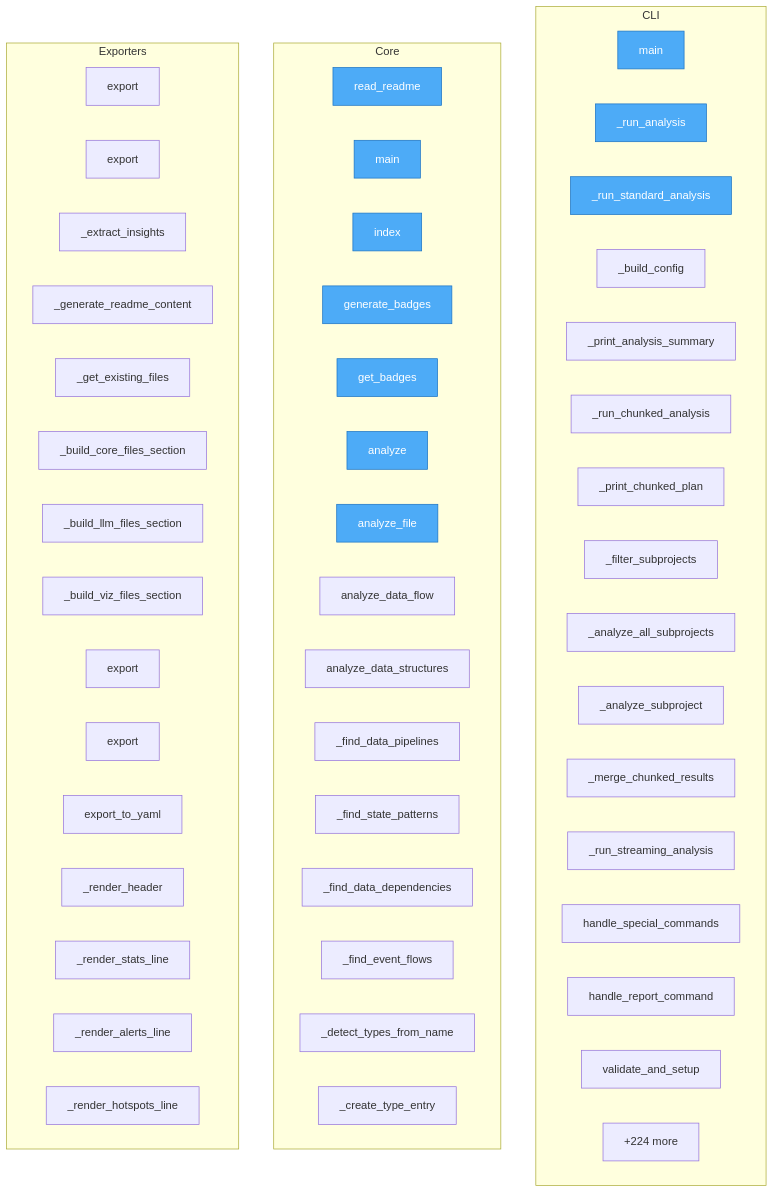
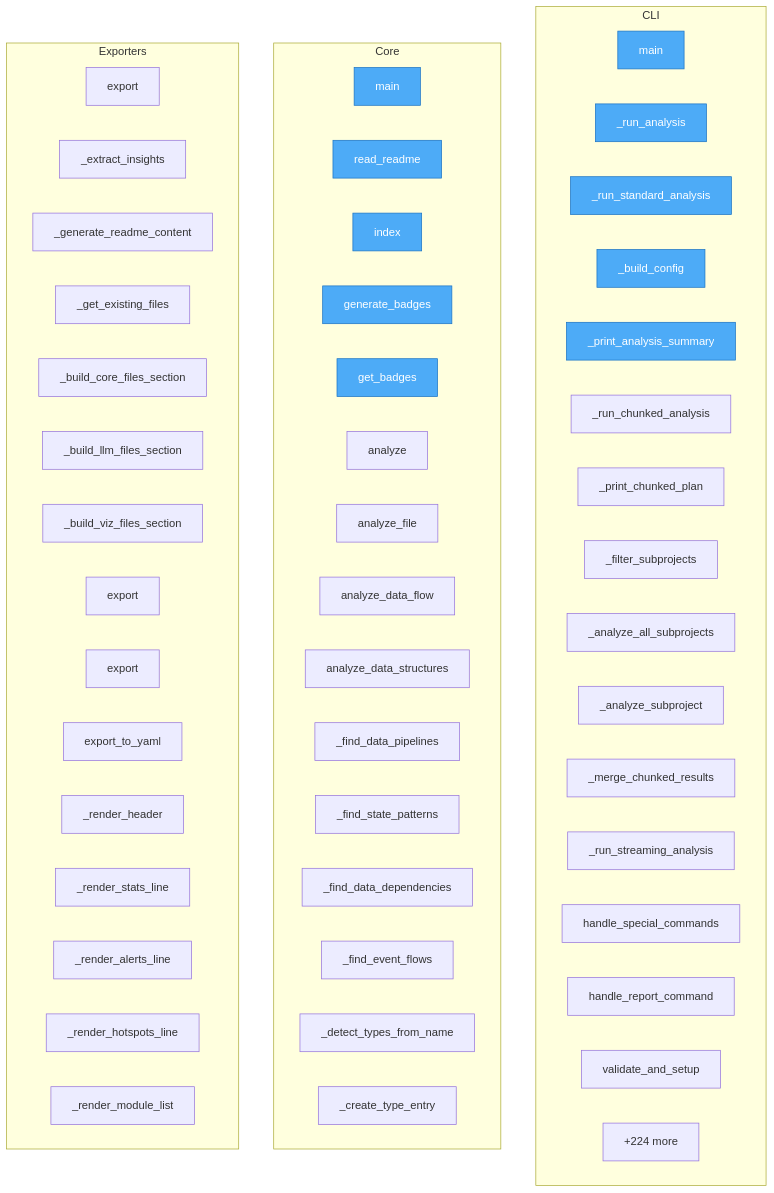
The diagram in project/flow.mmd (wronai/code2llm), drawn with Mermaid before and after one commit. The commit also changed 14 other files, not shown here.

First line of the commit message:
refactor(docs): code analysis engine

```diff
--- a/project/flow.mmd
+++ b/project/flow.mmd
@@ -1,63 +1,63 @@
 flowchart TD
 
     %% Entry points (blue)
     classDef entry fill:#4dabf7,stroke:#1971c2,color:#fff
 
     subgraph CLI
         code2llm__cli__main["main"]
         code2llm__cli_analysis___run_analysis["_run_analysis"]
         code2llm__cli_analysis___run_standard_analysis["_run_standard_analysis"]
         code2llm__cli_analysis___build_config["_build_config"]
         code2llm__cli_analysis___print_analysis_summary["_print_analysis_summary"]
         code2llm__cli_analysis___run_chunked_analysis["_run_chunked_analysis"]
         code2llm__cli_analysis___print_chunked_plan["_print_chunked_plan"]
         code2llm__cli_analysis___filter_subprojects["_filter_subprojects"]
         code2llm__cli_analysis___analyze_all_subprojects["_analyze_all_subprojects"]
         code2llm__cli_analysis___analyze_subproject["_analyze_subproject"]
         code2llm__cli_analysis___merge_chunked_results["_merge_chunked_results"]
         code2llm__cli_analysis___run_streaming_analysis["_run_streaming_analysis"]
         code2llm__cli_commands__handle_special_commands["handle_special_commands"]
         code2llm__cli_commands__handle_report_command["handle_report_command"]
         code2llm__cli_commands__validate_and_setup["validate_and_setup"]
-        ...["+44 more"]
+        ...["+40 more"]
     end
 
     subgraph Core
+        validate_toon__main["main"]
         setup__read_readme["read_readme"]
-        validate_toon__main["main"]
         badges__server__index["index"]
         badges__server__generate_badges["generate_badges"]
         badges__server__get_badges["get_badges"]
         code2llm__api__analyze["analyze"]
         code2llm__api__analyze_file["analyze_file"]
         code2llm__DataAnalyzer__analyze_data_flow["analyze_data_flow"]
         code2llm__DataAnalyzer__analyze_data_structures["analyze_data_structures"]
         code2llm__DataAnalyzer___find_data_pipelines["_find_data_pipelines"]
         code2llm__DataAnalyzer___find_state_patterns["_find_state_patterns"]
         code2llm__DataAnalyzer___find_data_dependencies["_find_data_dependencies"]
         code2llm__DataAnalyzer___find_event_flows["_find_event_flows"]
         code2llm__DataAnalyzer___detect_types_from_name["_detect_types_from_name"]
         code2llm__DataAnalyzer___create_type_entry["_create_type_entry"]
         ...["+291 more"]
     end
 
     subgraph Exporters
-        code2llm__exporters__base__Exporter__export["export"]
         code2llm__exporters__readme_exporter__READMEExporter__export["export"]
         code2llm__READMEExporter___extract_insights["_extract_insights"]
         code2llm__READMEExporter___generate_readme_content["_generate_readme_content"]
         code2llm__READMEExporter___get_existing_files["_get_existing_files"]
         code2llm__READMEExporter___build_core_files_section["_build_core_files_section"]
         code2llm__READMEExporter___build_llm_files_section["_build_llm_files_section"]
         code2llm__READMEExporter___build_viz_files_section["_build_viz_files_section"]
-        code2llm__exporters__json_exporter__JSONExporter__export["export"]
+        code2llm__exporters__base__Exporter__export["export"]
         code2llm__exporters__map_exporter__MapExporter__export["export"]
         code2llm__MapExporter__export_to_yaml["export_to_yaml"]
         code2llm__MapExporter___render_header["_render_header"]
         code2llm__MapExporter___render_stats_line["_render_stats_line"]
         code2llm__MapExporter___render_alerts_line["_render_alerts_line"]
         code2llm__MapExporter___render_hotspots_line["_render_hotspots_line"]
+        code2llm__MapExporter___render_module_list["_render_module_list"]
         ...["+224 more"]
     end
 
-    class setup__read_readme,validate_toon__main,badges__server__index,badges__server__generate_badges,badges__server__get_badges,code2llm__cli__main,code2llm__api__analyze,code2llm__api__analyze_file,code2llm__cli_analysis___run_analysis,code2llm__cli_analysis___run_standard_analysis entry
+    class validate_toon__main,setup__read_readme,badges__server__index,badges__server__generate_badges,badges__server__get_badges,code2llm__cli__main,code2llm__cli_analysis___run_analysis,code2llm__cli_analysis___run_standard_analysis,code2llm__cli_analysis___build_config,code2llm__cli_analysis___print_analysis_summary entry
```
